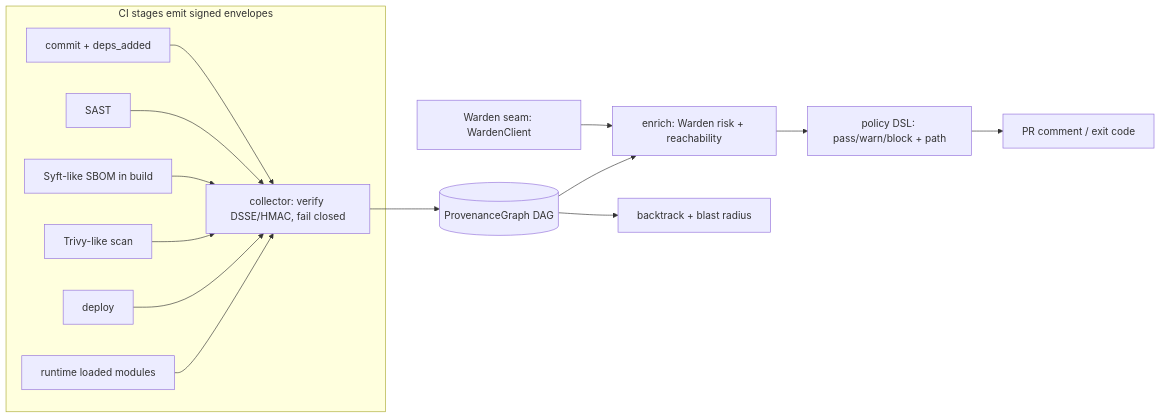
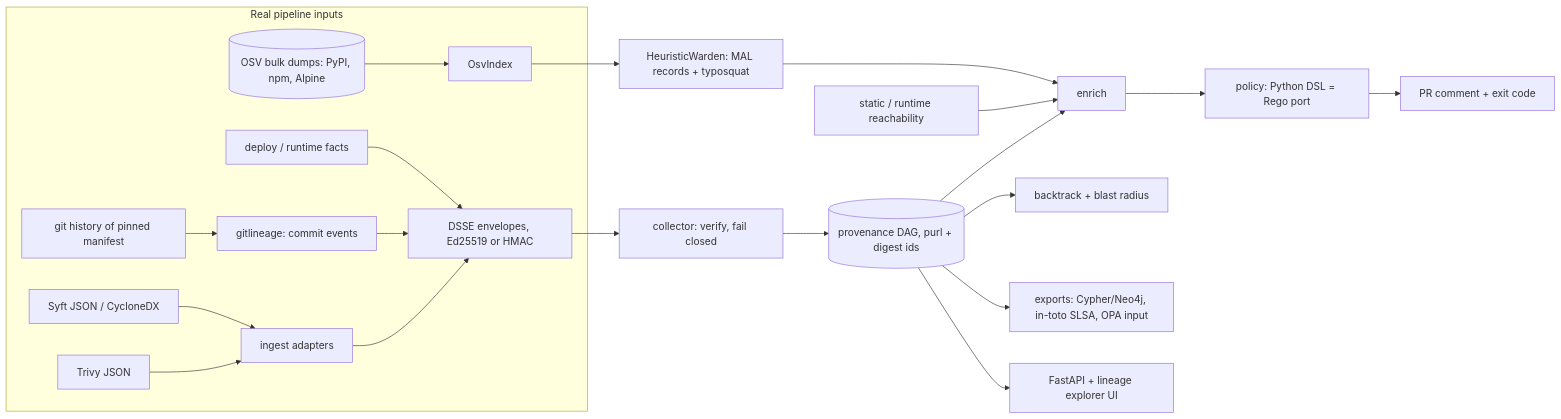
Before and after one commit to rakshit-737/tracegate: the diagram in README.md, drawn with Mermaid. The commit also changed other lines of this file, not shown here.

Commit message:
docs: rewrite README with real-data results, datasets, limitations and roadmap

````diff
--- a/README.md
+++ b/README.md
@@ -14,17 +71,22 @@
 ```mermaid
 flowchart LR
-  subgraph CI[CI stages emit signed envelopes]
-    CM[commit + deps_added] --> COL
-    SA[SAST] --> COL
-    SB[Syft-like SBOM in build] --> COL
-    TR[Trivy-like scan] --> COL
-    DP[deploy] --> COL
-    RT[runtime loaded modules] --> COL
+  subgraph SRC[Real pipeline inputs]
+    GIT[git history of pinned manifest] --> LIN[gitlineage: commit events]
+    SY[Syft JSON / CycloneDX] --> ING[ingest adapters]
+    TV[Trivy JSON] --> ING
+    OSV[(OSV bulk dumps: PyPI, npm, Alpine)] --> IDX[OsvIndex]
+    DEP[deploy / runtime facts] --> ENV
   end
-  COL[collector: verify DSSE/HMAC, fail closed] --> G[(ProvenanceGraph DAG)]
-  W[Warden seam: WardenClient] --> EN[enrich]
-  G --> EN[enrich: Warden risk + reachability]
-  EN --> POL[policy DSL: pass/warn/block + path]
-  POL --> PR[PR comment / exit code]
+  LIN --> ENV[DSSE envelopes, Ed25519 or HMAC]
+  ING --> ENV
+  ENV --> COL[collector: verify, fail closed]
+  COL --> G[(provenance DAG, purl + digest ids)]
+  IDX --> W[HeuristicWarden: MAL records + typosquat]
+  W --> EN[enrich]
+  RE[static / runtime reachability] --> EN
+  G --> EN --> POL[policy: Python DSL = Rego port]
+  POL --> OUT[PR comment + exit code]
   G --> BT[backtrack + blast radius]
+  G --> EXP[exports: Cypher/Neo4j, in-toto SLSA, OPA input]
+  G --> API[FastAPI + lineage explorer UI]
 ```
````
